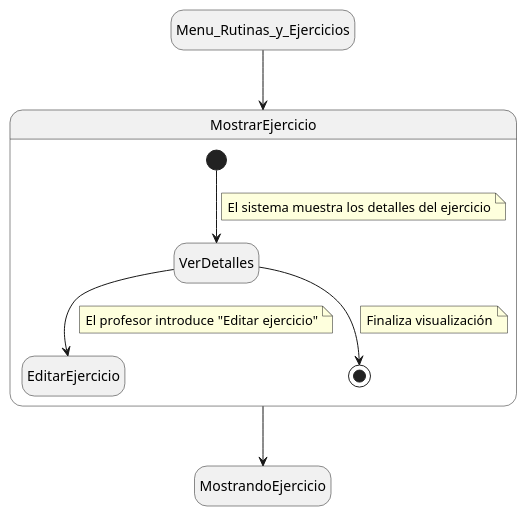
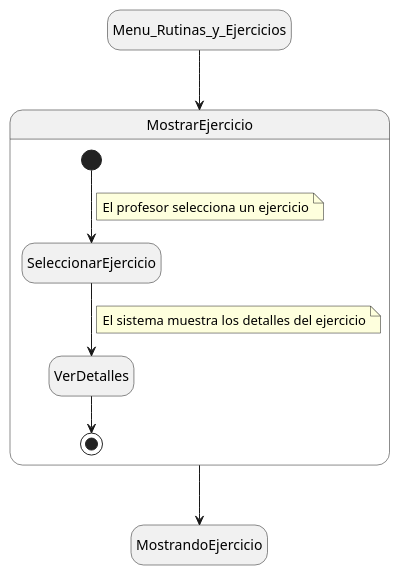
Before and after one commit to mmasias/24-25-IdSw1-SDR: the diagram in Documentos/DetallarCasosDeUso/Profesor/MostrarEjercicio.puml, drawn with PlantUML. The commit also changed 1 other file, not shown here.

Commit message:
Mostrar Ejercicio

```diff
--- a/Documentos/DetallarCasosDeUso/Profesor/MostrarEjercicio.puml
+++ b/Documentos/DetallarCasosDeUso/Profesor/MostrarEjercicio.puml
@@ -1,25 +1,23 @@
 @startuml MostrarEjercicio
 
 hide empty description
 
 state Menu_Rutinas_y_Ejercicios
 state MostrandoEjercicio
 state MostrarEjercicio {
-  [*] --> VerDetalles
+  [*] --> SeleccionarEjercicio
+  note on link
+    El profesor selecciona un ejercicio
+  end note
+
+  SeleccionarEjercicio --> VerDetalles
   note on link
     El sistema muestra los detalles del ejercicio
   end note
-  VerDetalles --> EditarEjercicio
-  note on link
-    El profesor introduce "Editar ejercicio"
-  end note
   VerDetalles --> [*]
-  note on link
-    Finaliza visualización
-  end note
 }
 
 Menu_Rutinas_y_Ejercicios --> MostrarEjercicio
 MostrarEjercicio --> MostrandoEjercicio
 
 @enduml
```
